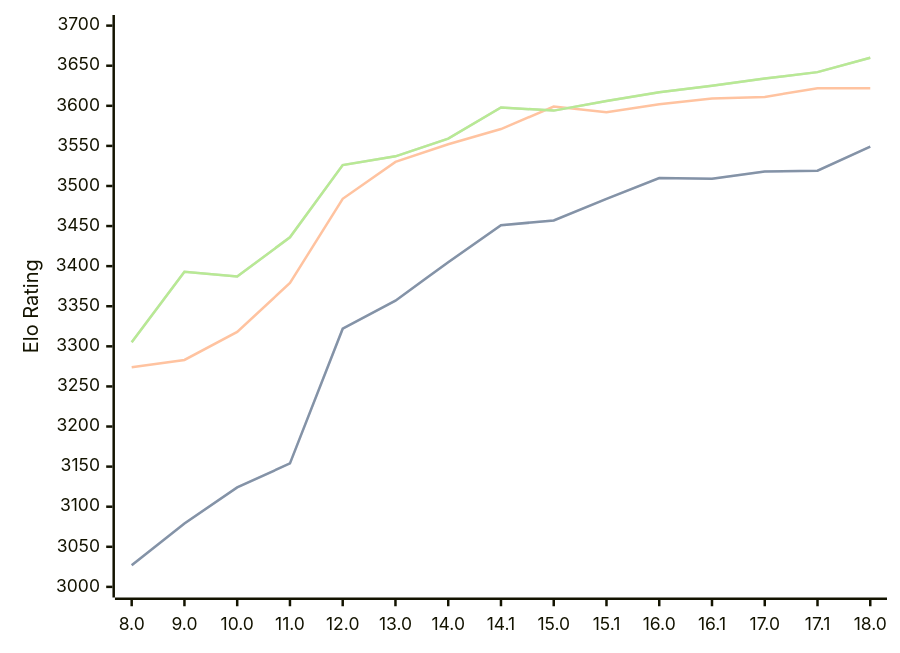
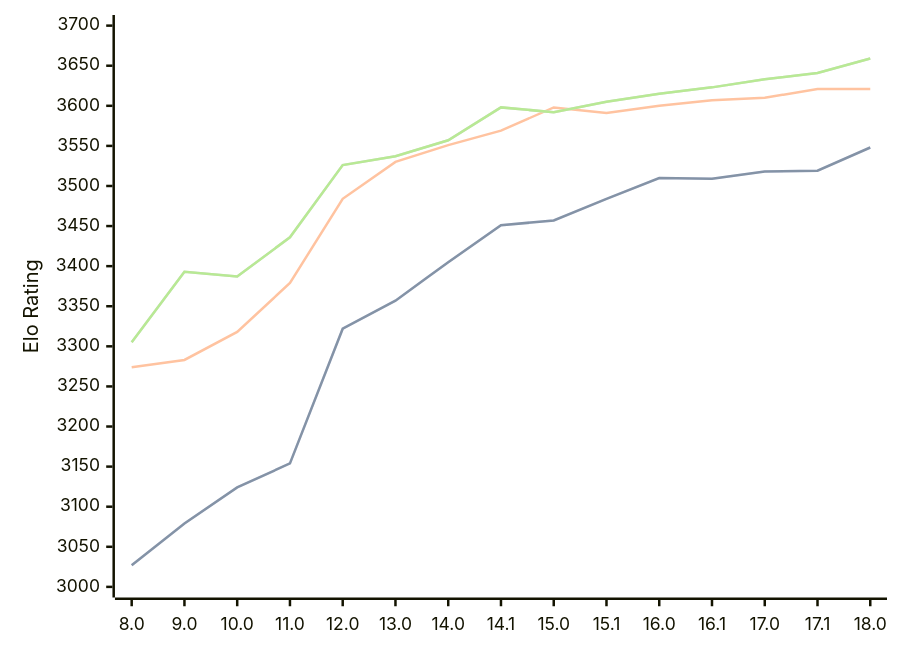
The diagram in engines/Stockfish.md (computer-chess-index/cci), drawn with Mermaid before and after one commit. The commit also changed other lines of this file, not shown here.

Commit message:
Update CCI Ratings (ELO VLTC) - 2026-03-11

````diff
--- a/engines/Stockfish.md
+++ b/engines/Stockfish.md
@@ -44,11 +44,11 @@
 ```mermaid
 %%{init: {"theme":"base","themeVariables":{"seriesColors:['#a3a3a3','#222221','#faa371']}}}%%
 xychart-beta
   x-axis ["8.0", "9.0", "10.0", "11.0", "12.0", "13.0", "14.0", "14.1", "15.0", "15.1", "16.0", "16.1", "17.0", "17.1", "18.0"]
   y-axis "Elo Rating" 3000 --> 3700
-  line "STC (8.0+0.08s)" [3027, 3079, 3124, 3154, 3322, 3357, 3405, 3451, 3457, 3484, 3510, 3509, 3518, 3519, 3549]
-  line "STC (8.0+0.08s)" [3027, 3079, 3124, 3154, 3322, 3357, 3405, 3451, 3457, 3484, 3510, 3509, 3518, 3519, 3549]
-  line "LTC (60.0+0.60s)" [3274, 3283, 3318, 3379, 3484, 3530, 3552, 3571, 3599, 3592, 3602, 3609, 3611, 3622, 3622]
-  line "VLTC (2m24s+1.12s)" [3305, 3393, 3387, 3436, 3526, 3537, 3559, 3598, 3594, 3606, 3617, 3625, 3634, 3642, 3660]
-  line "VLTC (2m24s+1.12s)" [3305, 3393, 3387, 3436, 3526, 3537, 3559, 3598, 3594, 3606, 3617, 3625, 3634, 3642, 3660]
+  line "STC (8.0+0.08s)" [3027, 3079, 3124, 3154, 3322, 3357, 3405, 3451, 3457, 3484, 3510, 3509, 3518, 3519, 3548]
+  line "STC (8.0+0.08s)" [3027, 3079, 3124, 3154, 3322, 3357, 3405, 3451, 3457, 3484, 3510, 3509, 3518, 3519, 3548]
+  line "LTC (60.0+0.60s)" [3274, 3283, 3318, 3379, 3484, 3530, 3551, 3569, 3598, 3591, 3600, 3607, 3610, 3621, 3621]
+  line "VLTC (2m24s+1.12s)" [3305, 3393, 3387, 3436, 3526, 3537, 3557, 3598, 3592, 3605, 3615, 3623, 3633, 3641, 3659]
+  line "VLTC (2m24s+1.12s)" [3305, 3393, 3387, 3436, 3526, 3537, 3557, 3598, 3592, 3605, 3615, 3623, 3633, 3641, 3659]
 ```
````
